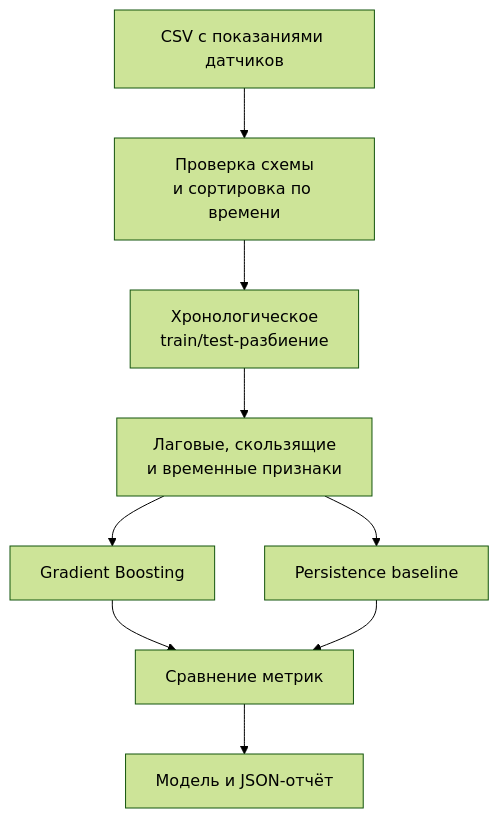
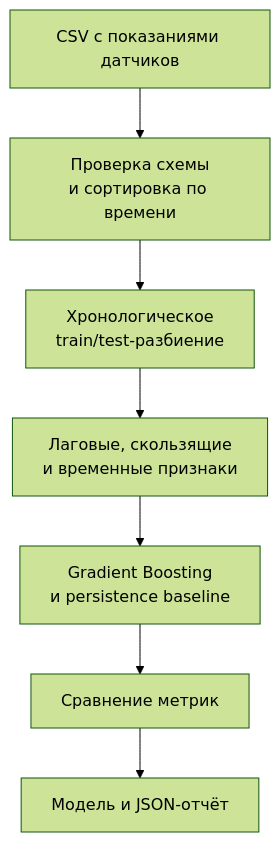
One commit to TheEdfog/methane-forecasting changed the diagram in README.md. Above: the diagram before and after it, drawn with Mermaid (forest theme).

Commit message:
docs: simplify model comparison flow

````diff
--- a/README.md
+++ b/README.md
@@ -18,11 +18,9 @@
 ```mermaid
 flowchart TD
     source["CSV с показаниями датчиков"] --> validate["Проверка схемы<br/>и сортировка по времени"]
     validate --> split["Хронологическое<br/>train/test-разбиение"]
     split --> features["Лаговые, скользящие<br/>и временные признаки"]
-    features --> model["Gradient Boosting"]
-    features --> baseline["Persistence baseline"]
-    model --> compare["Сравнение метрик"]
-    baseline --> compare
+    features --> models["Gradient Boosting<br/>и persistence baseline"]
+    models --> compare["Сравнение метрик"]
     compare --> artifacts["Модель и JSON-отчёт"]
 ```
````
